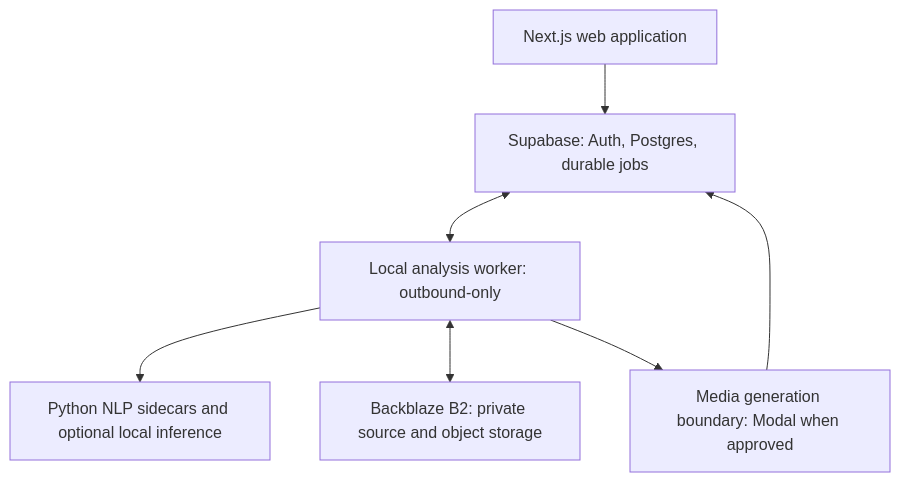
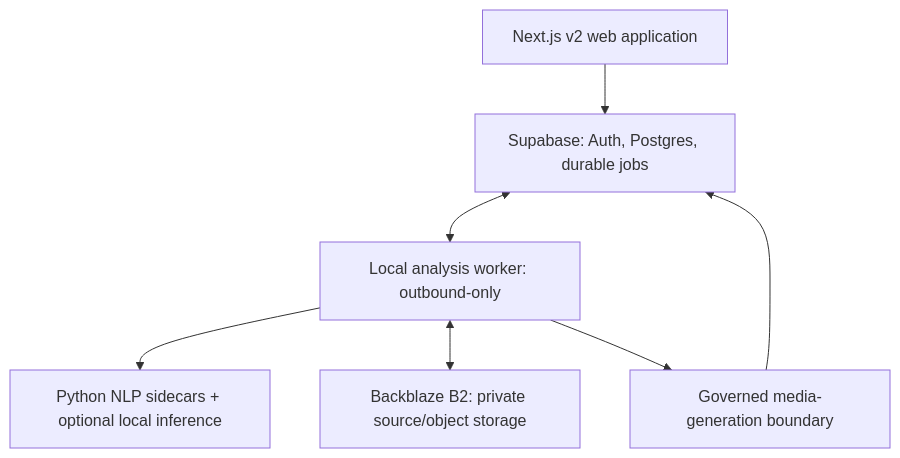
One commit to faresmohamed260/saga changed the second of 2 diagrams in README.md. Above: the diagram before and after it, drawn with Mermaid. The commit also changed other lines of this file, not shown here.

````diff
--- a/README.md
+++ b/README.md
@@ -81,16 +128,16 @@
-~~~mermaid
+```mermaid
 flowchart TB
-    WEB["Next.js web application"]
+    WEB["Next.js v2 web application"]
     SUPA["Supabase: Auth, Postgres, durable jobs"]
     WORKER["Local analysis worker: outbound-only"]
-    NLP["Python NLP sidecars and optional local inference"]
-    B2["Backblaze B2: private source and object storage"]
-    MEDIA["Media generation boundary: Modal when approved"]
+    NLP["Python NLP sidecars + optional local inference"]
+    B2["Backblaze B2: private source/object storage"]
+    MEDIA["Governed media-generation boundary"]
 
     WEB --> SUPA
     SUPA <--> WORKER
     WORKER --> NLP
     WORKER <--> B2
     WORKER --> MEDIA
     MEDIA --> SUPA
-~~~
+```
````
